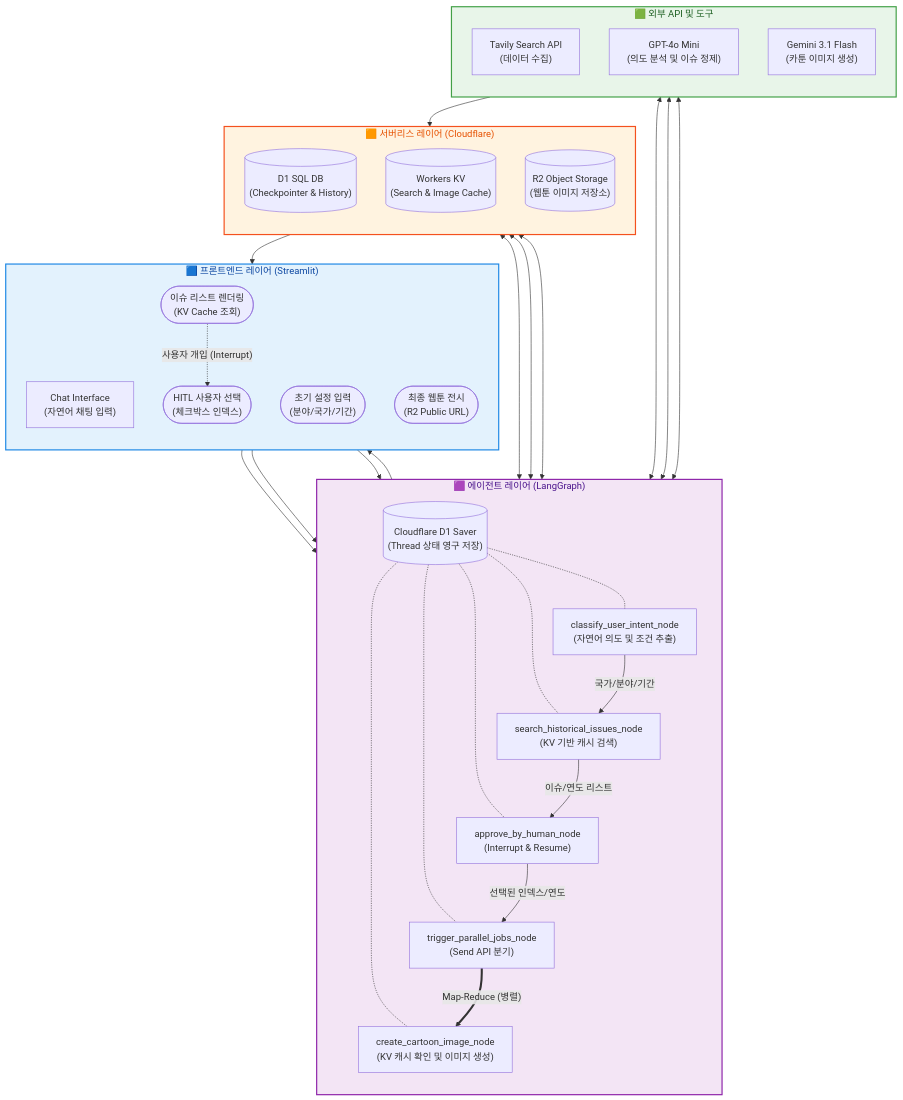
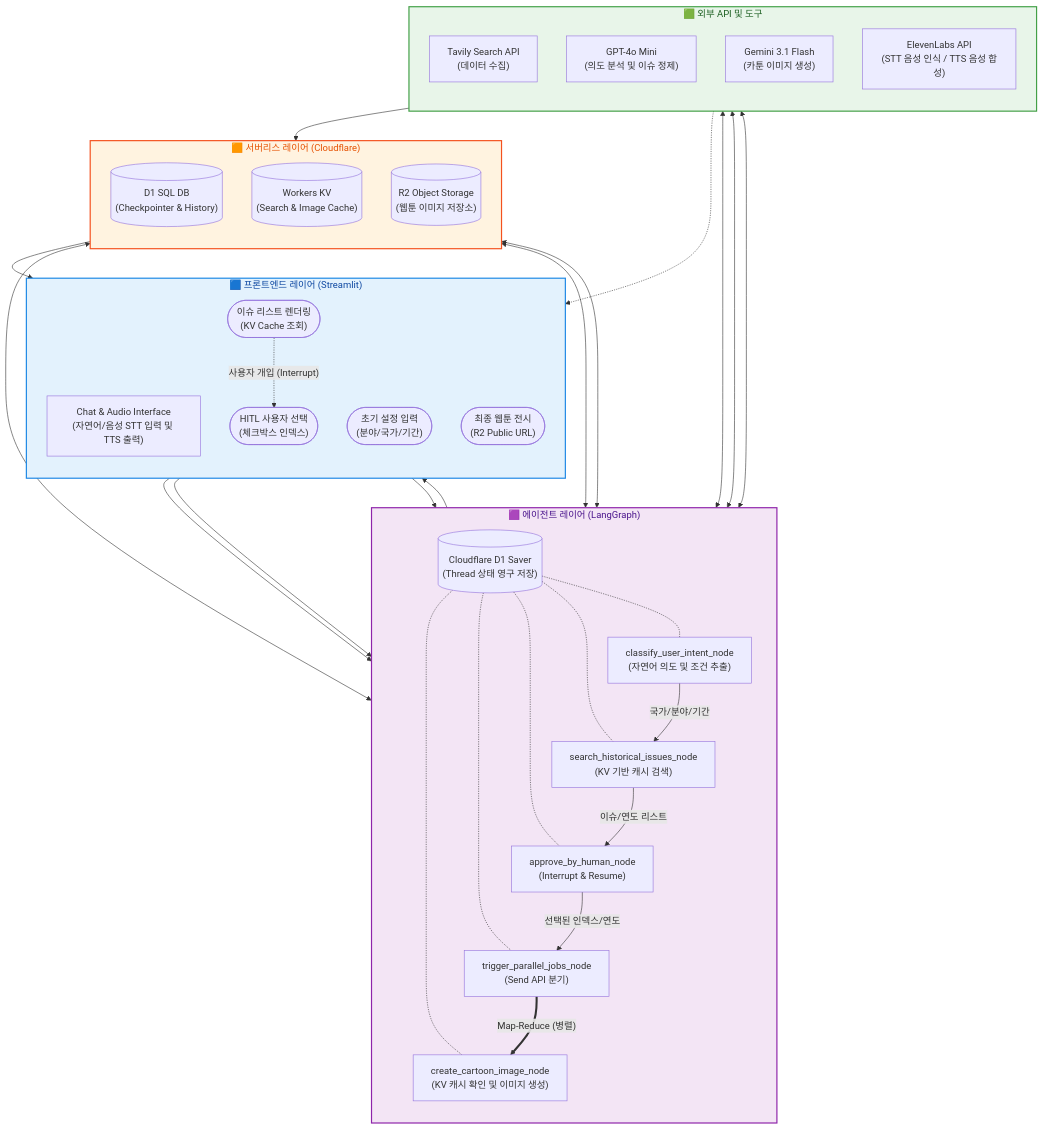
Before and after one commit to toweringcloud/reflex-langgraph-challenge: the diagram in geo_master_agents_plus/README.md, drawn with Mermaid. The commit also changed other lines of this file and 7 other files, not shown here.

Commit message:
voice chat with elevenlabs stt + tts

````diff
--- a/geo_master_agents_plus/README.md
+++ b/geo_master_agents_plus/README.md
@@ -59,70 +58,73 @@
 ```mermaid
 flowchart TB
     %% 스타일 정의
     classDef interface fill:#e3f2fd,stroke:#1e88e5,stroke-width:2px,color:#0d47a1
     classDef agent fill:#f3e5f5,stroke:#8e24aa,stroke-width:2px,color:#4a148c
     classDef serverless fill:#fff3e0,stroke:#f4511e,stroke-width:2px,color:#e65100
     classDef tools fill:#e8f5e9,stroke:#43a047,stroke-width:2px,color:#1b5e20
 
     subgraph Interface ["🟦 프론트엔드 레이어 (Streamlit)"]
         direction TB
-        Chat["Chat Interface<br/>(자연어 채팅 입력)"]
+        Chat["Chat & Audio Interface<br/>(자연어/음성 STT 입력 및 TTS 출력)"]
         UI1(["초기 설정 입력<br/>(분야/국가/기간)"])
         UI2(["이슈 리스트 렌더링<br/>(KV Cache 조회)"])
         UI3(["HITL 사용자 선택<br/>(체크박스 인덱스)"])
         UI4(["최종 웹툰 전시<br/>(R2 Public URL)"])
     end
 
     subgraph Agent ["🟪 에이전트 레이어 (LangGraph)"]
         direction TB
         Saver[("Cloudflare D1 Saver<br/>(Thread 상태 영구 저장)")]
         N0["classify_user_intent_node<br/>(자연어 의도 및 조건 추출)"]
         N1["search_historical_issues_node<br/>(KV 기반 캐시 검색)"]
         N2["approve_by_human_node<br/>(Interrupt & Resume)"]
         N3["trigger_parallel_jobs_node<br/>(Send API 분기)"]
         N4["create_cartoon_image_node<br/>(KV 캐시 확인 및 이미지 생성)"]
 
         Saver -.- N0 & N1 & N2 & N3 & N4
         N0 -->|국가/분야/기간| N1
         N1 -->|이슈/연도 리스트| N2
         N2 -->|선택된 인덱스/연도| N3
         N3 == "Map-Reduce (병렬)" ==> N4
     end
 
     subgraph Serverless ["🟧 서버리스 레이어 (Cloudflare)"]
         direction TB
         D1[("D1 SQL DB<br/>(Checkpointer & History)")]
         KV[("Workers KV<br/>(Search & Image Cache)")]
         R2[("R2 Object Storage<br/>(웹툰 이미지 저장소)")]
     end
 
     subgraph Tools ["🟩 외부 API 및 도구"]
         direction TB
         Tavily["Tavily Search API<br/>(데이터 수집)"]
         GPT["GPT-4o Mini<br/>(의도 분석 및 이슈 정제)"]
         Gemini["Gemini 3.1 Flash<br/>(카툰 이미지 생성)"]
+        ElevenLabs["ElevenLabs API<br/>(STT 음성 인식 / TTS 음성 합성)"]
     end
 
     %% 상호작용 흐름
     Chat --> N0
     N0 <--> GPT
     N1 <--> KV
     N1 <--> Tavily
     N1 --> UI2
 
     UI1 --> N1
     UI2 -. "사용자 개입 (Interrupt)" .-> UI3
     UI3 --> N2
     N2 <--> D1
 
     N4 <--> KV
     N4 <--> Gemini
     Gemini --> R2
     R2 --> UI4
 
+    ElevenLabs -.-> Chat
+
     %% 클래스 적용
     class Interface interface
     class Agent agent
     class Serverless serverless
     class Tools tools
 ```
````
